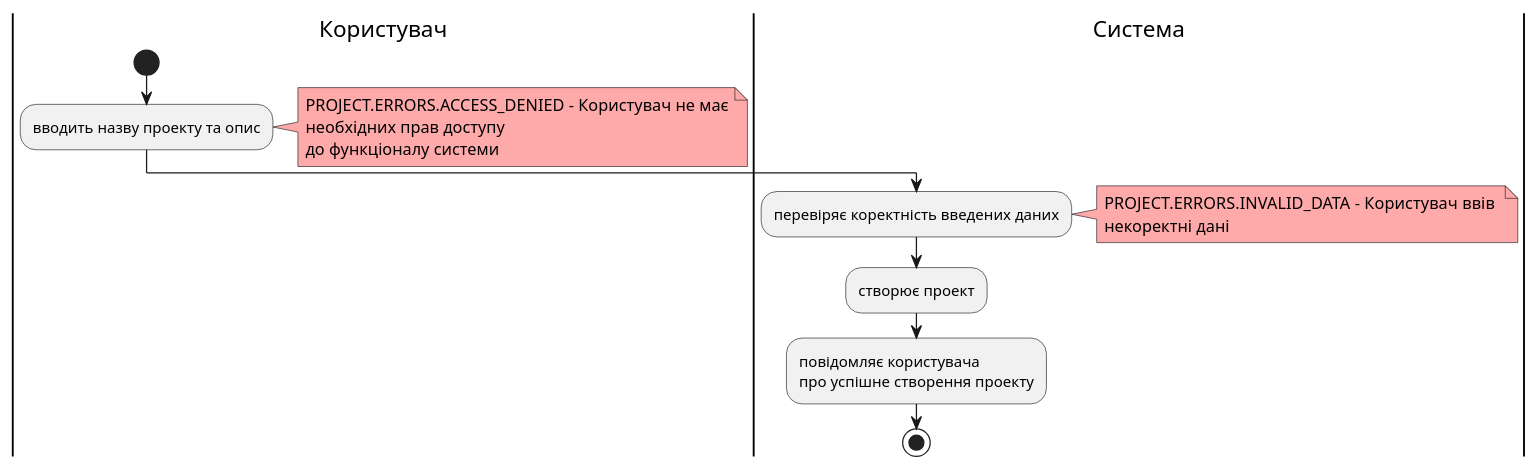
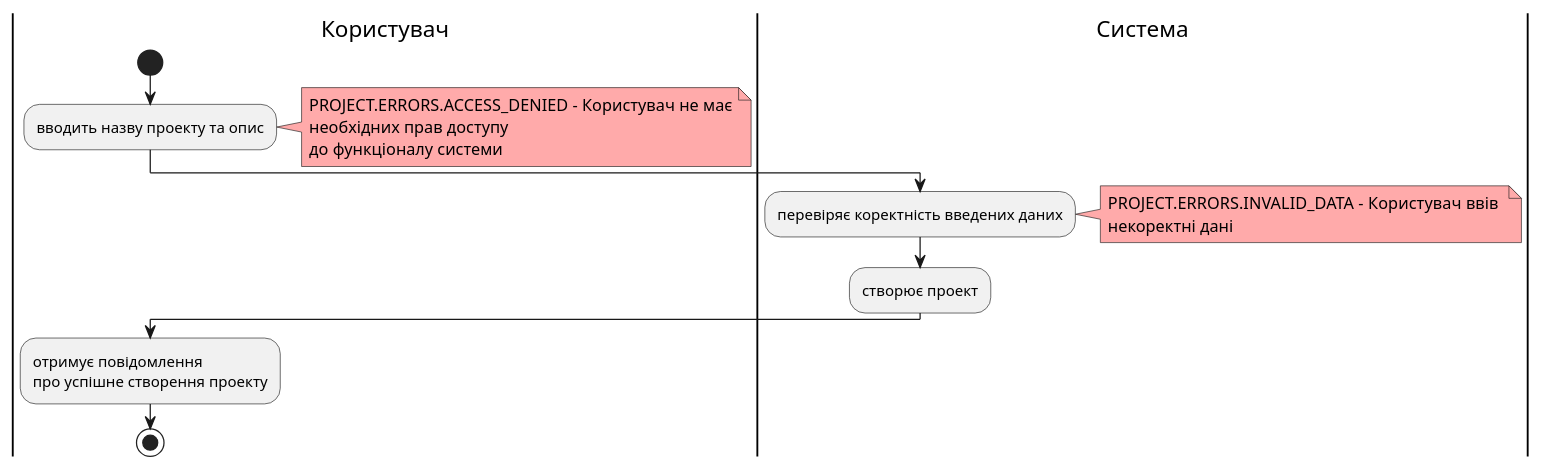
The sixth of 23 diagrams in docs/use cases/README.md (yarikkot04/Sup), drawn with PlantUML before and after one commit. The commit also changed other lines of this file and 1 other file, not shown here.

```diff
--- a/docs/use cases/README.md
+++ b/docs/use cases/README.md
@@ -216,21 +216,22 @@
 @startuml
 
     |Користувач|
         start
         :вводить назву проекту та опис;
         note right #ffaaaa
         PROJECT.ERRORS.ACCESS_DENIED - Користувач не має
         необхідних прав доступу
         до функціоналу системи
         end note
     |Система|
         :перевіряє коректність введених даних;
         note right #ffaaaa
         PROJECT.ERRORS.INVALID_DATA - Користувач ввів 
         некоректні дані
         end note
         :створює проект;
-        :повідомляє користувача 
+    |Користувач|
+        :отримує повідомлення 
         про успішне створення проекту;
         stop;
 @enduml
```
